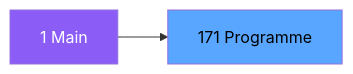
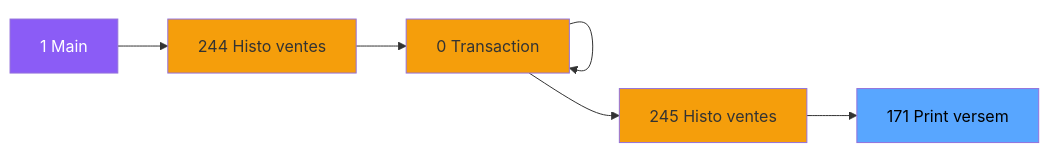
Before and after one commit to thonyAGP/magic-migration: the second of 3 diagrams in .openspec/specs/ADH-IDE-171.md, drawn with Mermaid. The commit also changed other lines of this file and 323 other files, not shown here.

````diff
--- a/.openspec/specs/ADH-IDE-171.md
+++ b/.openspec/specs/ADH-IDE-171.md
@@ -102,8 +120,23 @@
 ```mermaid
 graph LR
     M[1 Main]
-    T[171 Programme]
-    M --> T
+    N244[244 Histo ventes]
+    N0[0 Transaction ]
+    N0[0 Transaction ]
+    N0[0 Transaction ]
+    N245[245 Histo ventes]
+    T[171 Print versem]
+    M --> N244
+    N244 --> N0
+    N0 --> N0
+    N0 --> N0
+    N0 --> N245
+    N245 --> T
     style M fill:#8b5cf6,color:#fff
+    style N244 fill:#f59e0b
+    style N0 fill:#f59e0b
+    style N0 fill:#f59e0b
+    style N0 fill:#f59e0b
+    style N245 fill:#f59e0b
     style T fill:#58a6ff,color:#000
 ```
````
